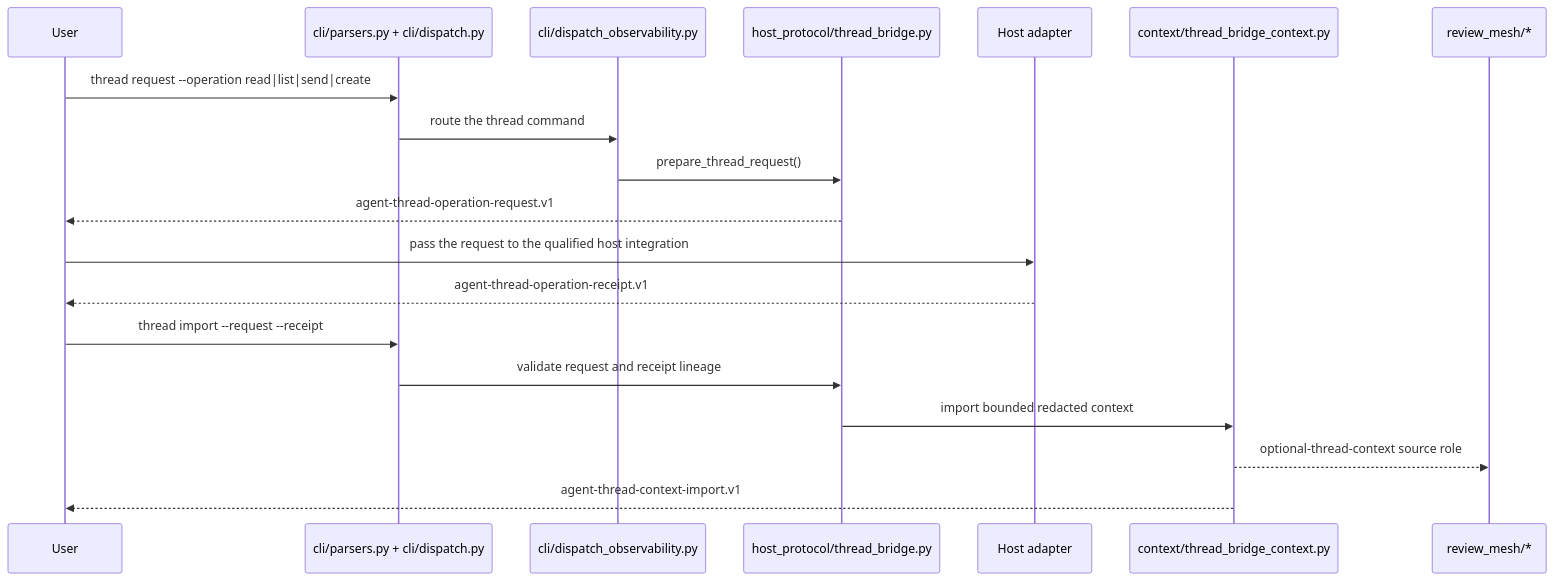
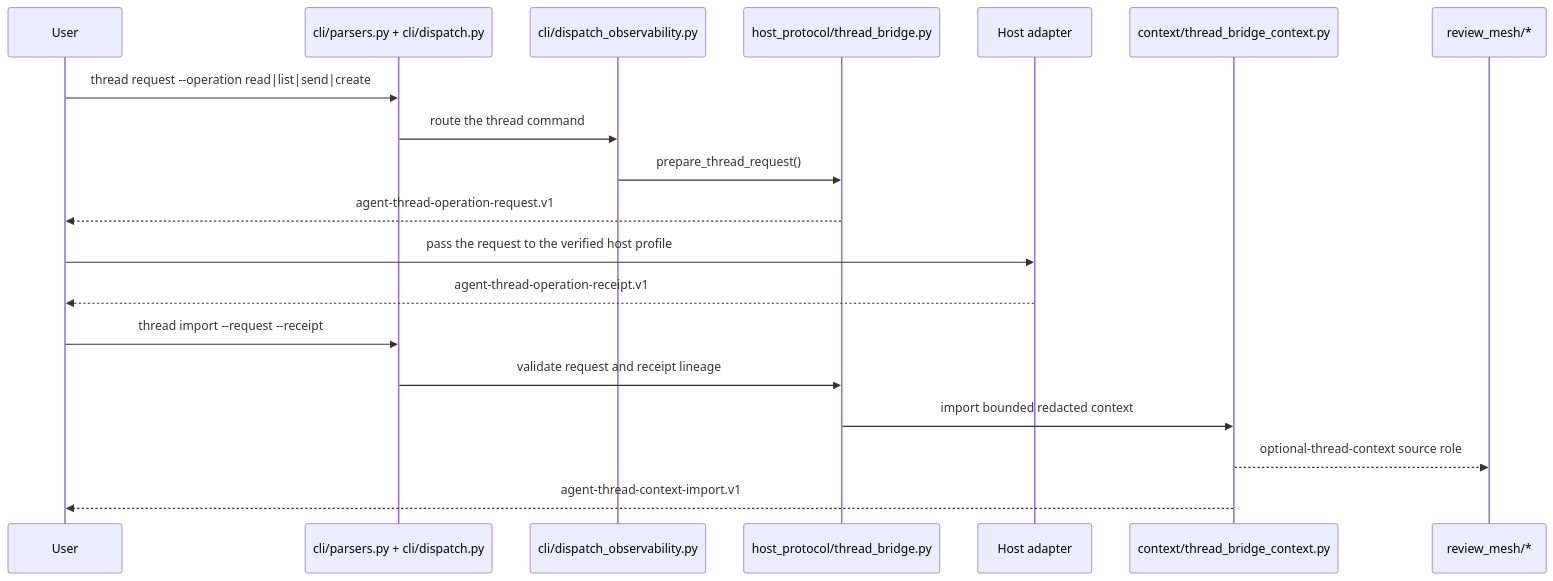
Before and after one commit to avksp/agent-lifecycle-kit: the sixth of 17 diagrams in docs/architecture/system-architecture.md, drawn with Mermaid. The commit also changed other lines of this file and 50 other files, not shown here.

Commit message:
docs: clarify verified host launch wording

````diff
--- a/docs/architecture/system-architecture.md
+++ b/docs/architecture/system-architecture.md
@@ -334,22 +334,22 @@
 ```mermaid
 sequenceDiagram
   participant User
   participant CLI as cli/parsers.py + cli/dispatch.py
   participant Handler as cli/dispatch_observability.py
   participant Bridge as host_protocol/thread_bridge.py
   participant Adapter as Host adapter
   participant Context as context/thread_bridge_context.py
   participant Review as review_mesh/*
 
   User->>CLI: thread request --operation read|list|send|create
   CLI->>Handler: route the thread command
   Handler->>Bridge: prepare_thread_request()
   Bridge-->>User: agent-thread-operation-request.v1
-  User->>Adapter: pass the request to the qualified host integration
+  User->>Adapter: pass the request to the verified host profile
   Adapter-->>User: agent-thread-operation-receipt.v1
   User->>CLI: thread import --request --receipt
   CLI->>Bridge: validate request and receipt lineage
   Bridge->>Context: import bounded redacted context
   Context-->>Review: optional-thread-context source role
   Context-->>User: agent-thread-context-import.v1
 ```
````
